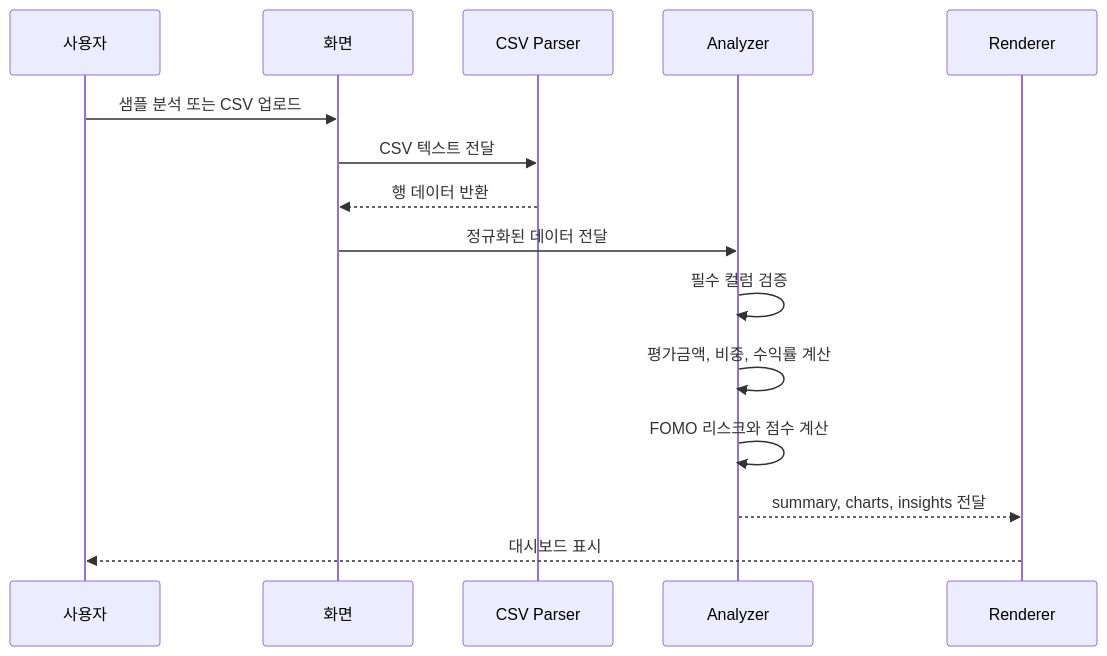
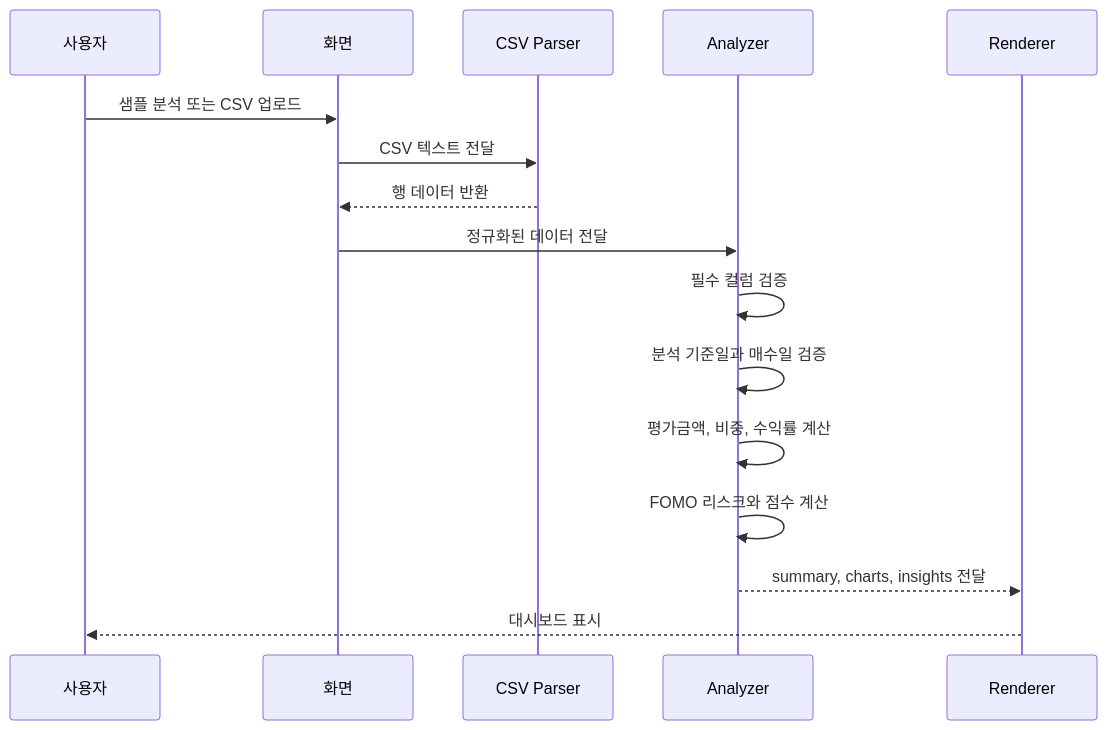
Before and after one commit to HCG0313/fomo-guard-portfolio: the second of 2 diagrams in docs/ARCHITECTURE.md, drawn with Mermaid. The commit also changed other lines of this file and 3 other files, not shown here.

````diff
--- a/docs/ARCHITECTURE.md
+++ b/docs/ARCHITECTURE.md
@@ -32,18 +32,19 @@
 ```mermaid
 sequenceDiagram
     participant User as 사용자
     participant UI as 화면
     participant Parser as CSV Parser
     participant Analyzer as Analyzer
     participant Renderer as Renderer
 
     User->>UI: 샘플 분석 또는 CSV 업로드
     UI->>Parser: CSV 텍스트 전달
     Parser-->>UI: 행 데이터 반환
     UI->>Analyzer: 정규화된 데이터 전달
     Analyzer->>Analyzer: 필수 컬럼 검증
+    Analyzer->>Analyzer: 분석 기준일과 매수일 검증
     Analyzer->>Analyzer: 평가금액, 비중, 수익률 계산
     Analyzer->>Analyzer: FOMO 리스크와 점수 계산
     Analyzer-->>Renderer: summary, charts, insights 전달
     Renderer-->>User: 대시보드 표시
 ```
````
